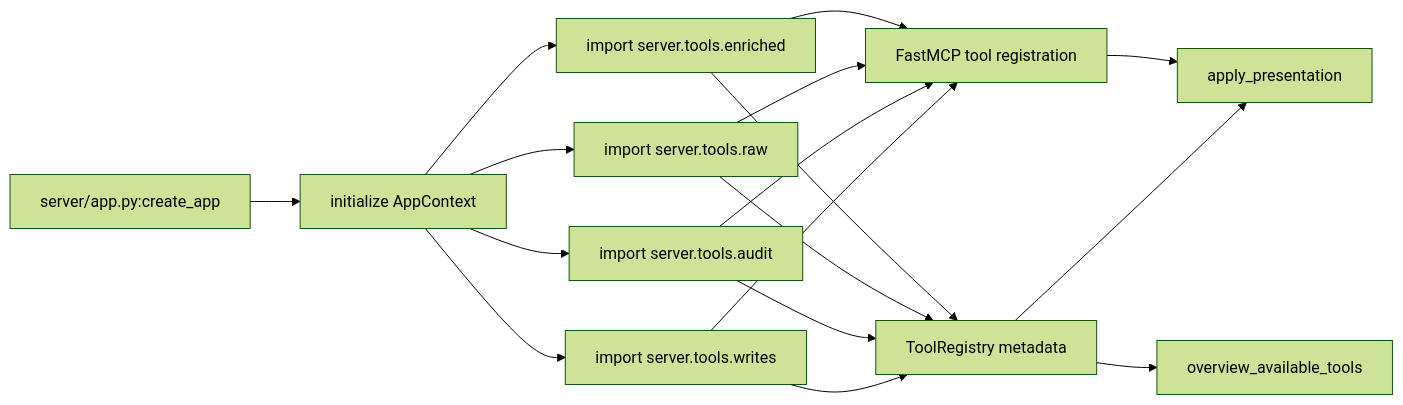
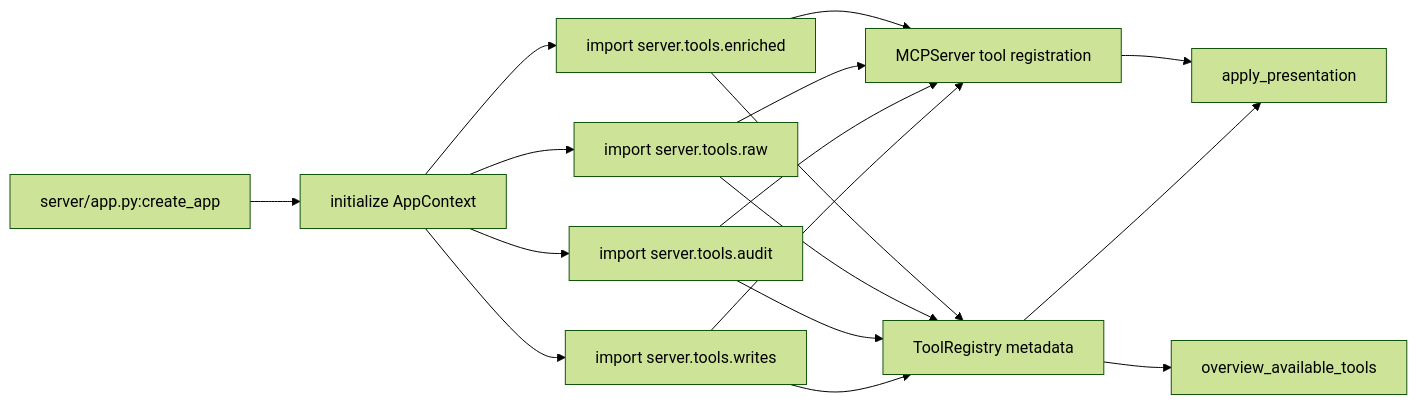
Before and after one commit to hs737/mcp-server-for-ynab: the fifth of 5 diagrams in docs/architecture.md, drawn with Mermaid (forest theme). The commit also changed other lines of this file and 36 other files, not shown here.

````diff
--- a/docs/architecture.md
+++ b/docs/architecture.md
@@ -269,19 +269,19 @@
 ```mermaid
 flowchart LR
     A["server/app.py:create_app"] --> B["initialize AppContext"]
     B --> C["import server.tools.enriched"]
     B --> D["import server.tools.raw"]
     B --> H["import server.tools.audit"]
     B --> I["import server.tools.writes"]
-    C --> E["FastMCP tool registration"]
+    C --> E["MCPServer tool registration"]
     D --> E
     H --> E
     I --> E
     C --> F["ToolRegistry metadata"]
     D --> F
     H --> F
     I --> F
     E --> J["apply_presentation"]
     F --> J
     F --> G["overview_available_tools"]
 ```
````
